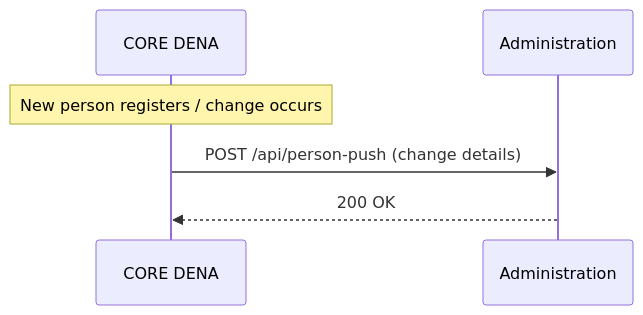
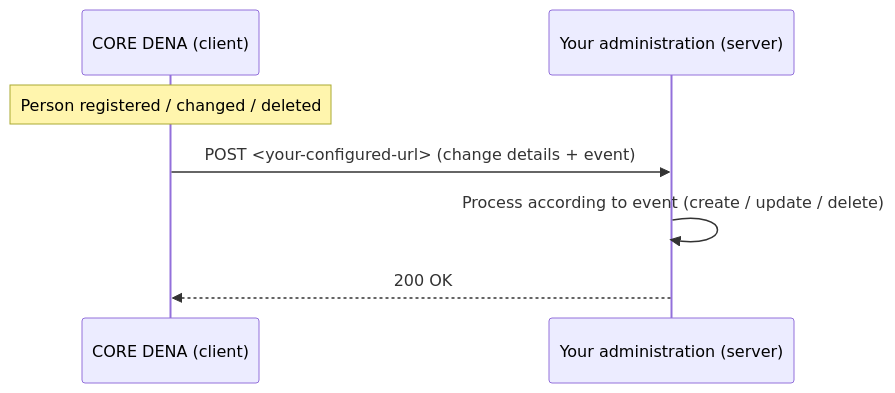
The diagram in docs/semantica/person-sync/push.en.md (DENA-Euskadi/dena-euskadi.github.io), drawn with Mermaid before and after one commit. The commit also changed other lines of this file and 52 other files, not shown here.

````diff
--- a/docs/semantica/person-sync/push.en.md
+++ b/docs/semantica/person-sync/push.en.md
@@ -9,9 +11,10 @@
 ``` mermaid
 sequenceDiagram
-    participant DENA as CORE DENA
-    participant Admin as Administration
+    participant DENA as CORE DENA (client)
+    participant Admin as Your administration (server)
 
-    Note over DENA: New person registers / change occurs
-    DENA->>Admin: POST /api/person-push (change details)
+    Note over DENA: Person registered / changed / deleted
+    DENA->>Admin: POST <your-configured-url> (change details + event)
+    Admin->>Admin: Process according to event (create / update / delete)
     Admin-->>DENA: 200 OK
 ```
````
